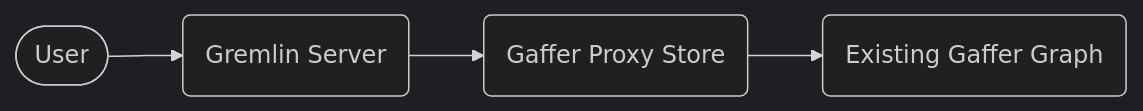
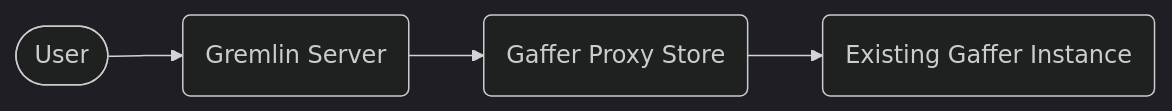
One commit to gchq/gaffer-doc changed the diagram in docs/administration-guide/gaffer-deployment/gremlin.md. Above: the diagram before and after it, drawn with Mermaid (dark theme). The commit also changed other lines of this file, not shown here.

Commit message:
Apply suggestions from code review

````diff
--- a/docs/administration-guide/gaffer-deployment/gremlin.md
+++ b/docs/administration-guide/gaffer-deployment/gremlin.md
@@ -45,7 +45,7 @@
 ```mermaid
 flowchart LR
     A(["User"])
     --> B("Gremlin Server")
     --> C(Gaffer Proxy Store)
-    --> D(Existing Gaffer Graph)
+    --> D(Existing Gaffer Instance)
 ```
````
